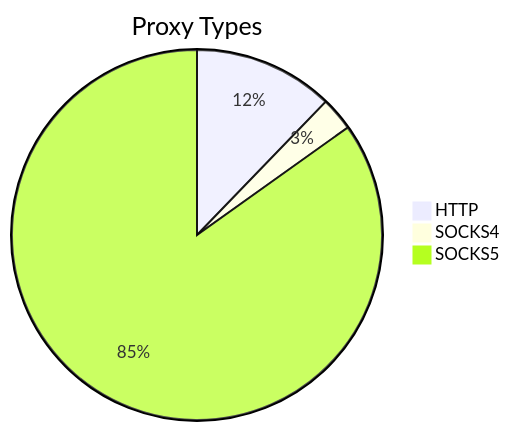
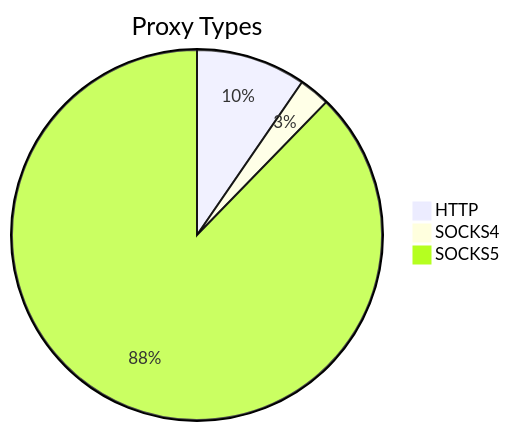
Before and after one commit to stormsia/proxy-list: the first of 2 diagrams in README.md, drawn with Mermaid. The commit also changed other lines of this file, not shown here.

````diff
--- a/README.md
+++ b/README.md
@@ -21,6 +21,6 @@
 ```mermaid
 pie title Proxy Types
-    "HTTP" : 180
-    "SOCKS4" : 43
-    "SOCKS5" : 1250
+    "HTTP" : 135
+    "SOCKS4" : 38
+    "SOCKS5" : 1236
 ```
````
